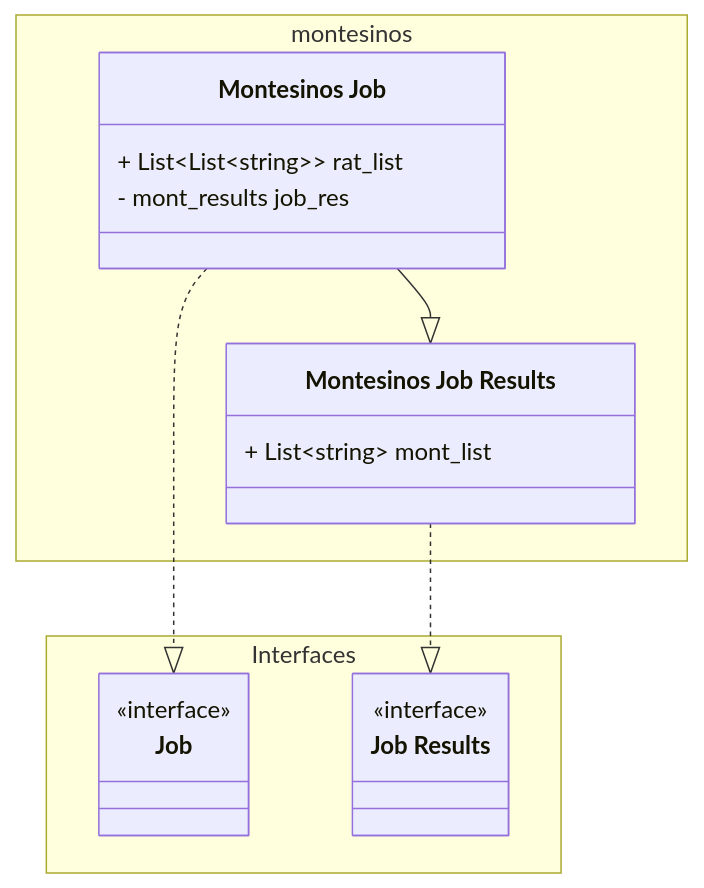
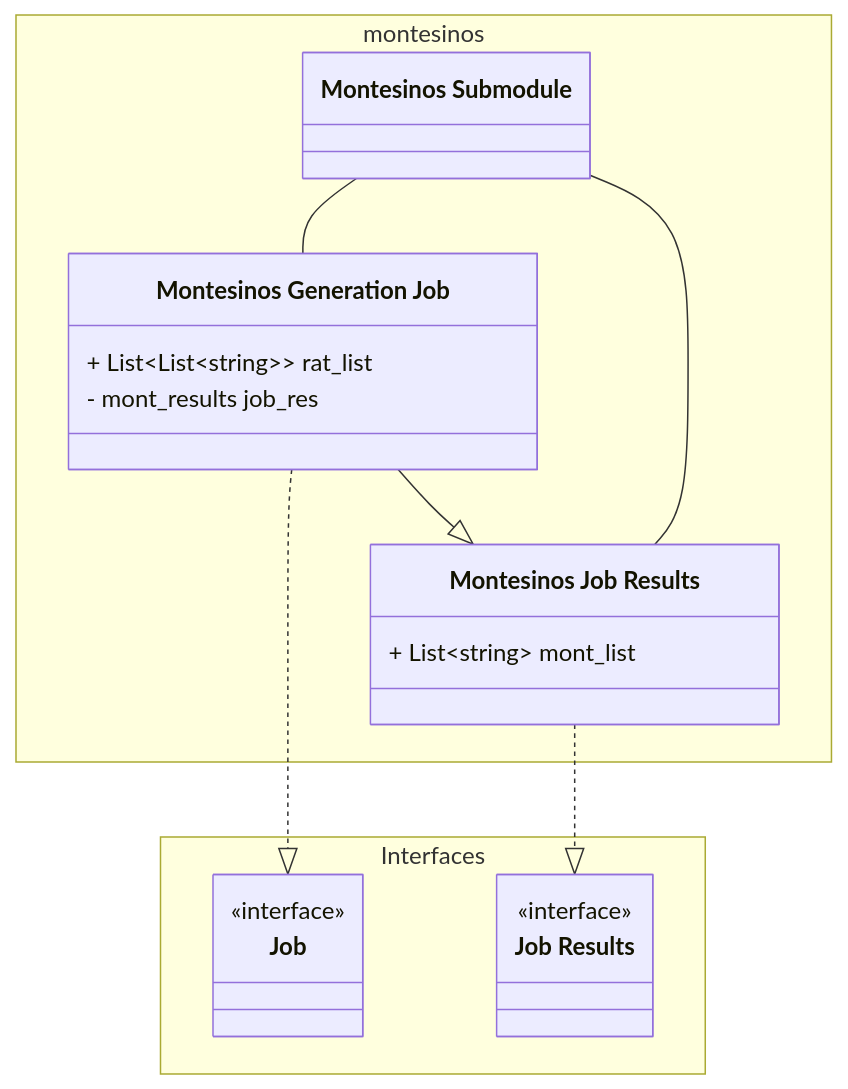
One commit to Uiowa-Applied-Topology/web_API changed the first of 5 diagrams in docs/unit_description/montesinos/montesinos_job.md. Above: the diagram before and after it, drawn with Mermaid. The commit also changed other lines of this file and 44 other files, not shown here.

````diff
--- a/docs/unit_description/montesinos/montesinos_job.md
+++ b/docs/unit_description/montesinos/montesinos_job.md
@@ -11,34 +15,37 @@
 ```mermaid
 
 classDiagram
 
 namespace Interfaces {
 
     class aj["Job"]{
         <<interface>>
     }
     class ajr["Job Results"]{
         <<interface>>
     }
 
 }
 
 
 namespace montesinos {
 
-    class mj["Montesinos Job"]{
+    class mj["Montesinos Generation Job"]{
         + List~List~string~~ rat_list
         - mont_results job_res
     }
     class mjr["Montesinos Job Results"]{
         + List~string~ mont_list
+    }
+    class sm["Montesinos Submodule"]{
     }
 
 }
 
 
 mj ..|> aj
 mjr ..|> ajr
 mj --|> mjr
-
+sm -- mj
+sm -- mjr
 ```
````
